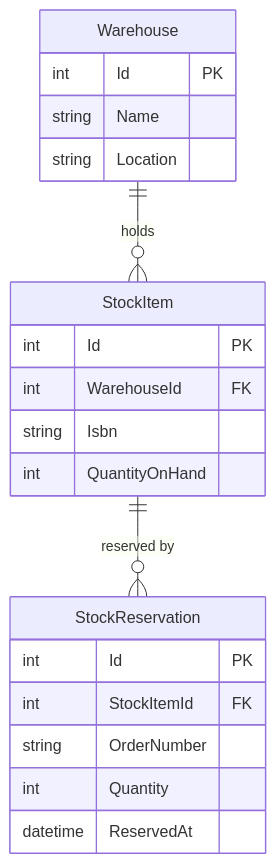
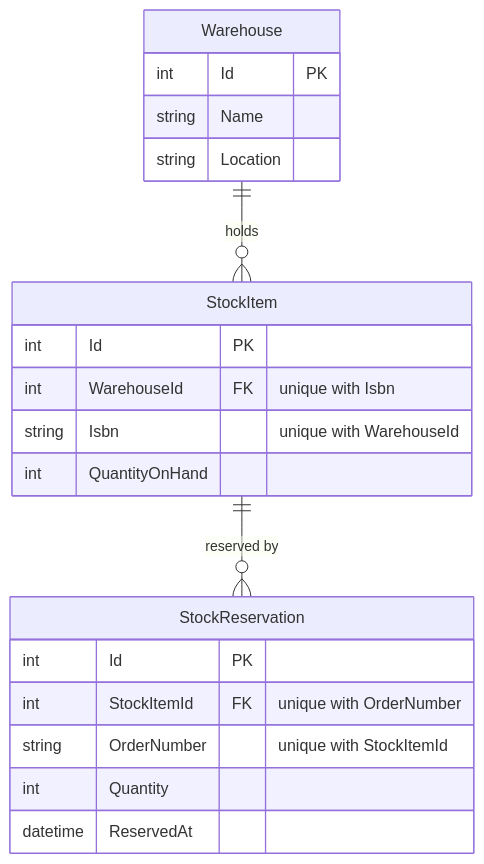
One commit to gmarginet/CleanArchitectureToolkit changed the third of 3 diagrams in demo/README.md. Above: the diagram before and after it, drawn with Mermaid. The commit also changed other lines of this file, not shown here.

````diff
--- a/demo/README.md
+++ b/demo/README.md
@@ -741,24 +741,24 @@
 ```mermaid
 erDiagram
     Warehouse ||--o{ StockItem : holds
     StockItem ||--o{ StockReservation : "reserved by"
 
     Warehouse {
         int Id PK
         string Name
         string Location
     }
     StockItem {
         int Id PK
-        int WarehouseId FK
-        string Isbn
+        int WarehouseId FK "unique with Isbn"
+        string Isbn "unique with WarehouseId"
         int QuantityOnHand
     }
     StockReservation {
         int Id PK
-        int StockItemId FK
-        string OrderNumber
+        int StockItemId FK "unique with OrderNumber"
+        string OrderNumber "unique with StockItemId"
         int Quantity
         datetime ReservedAt
     }
 ```
````
